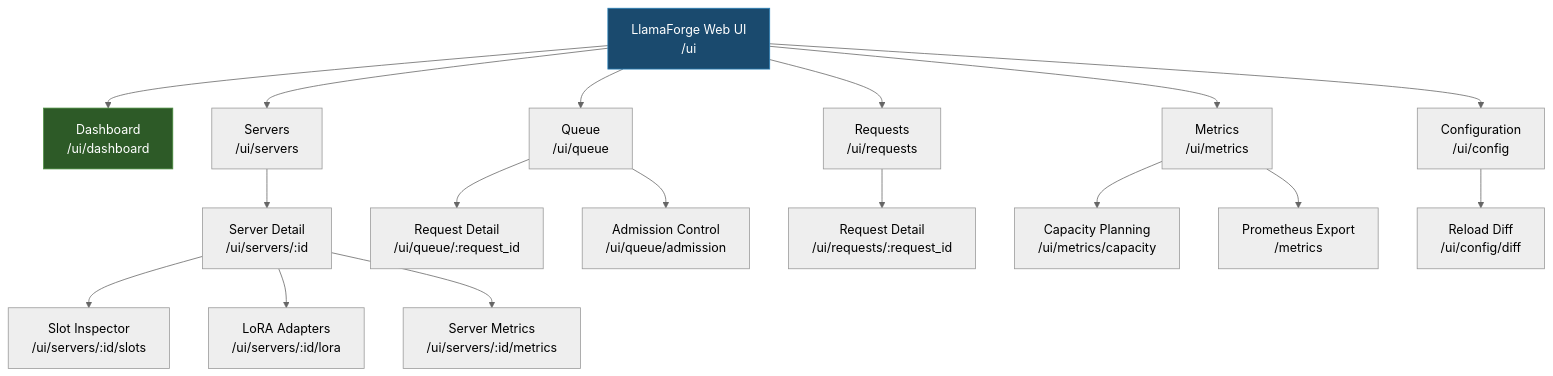
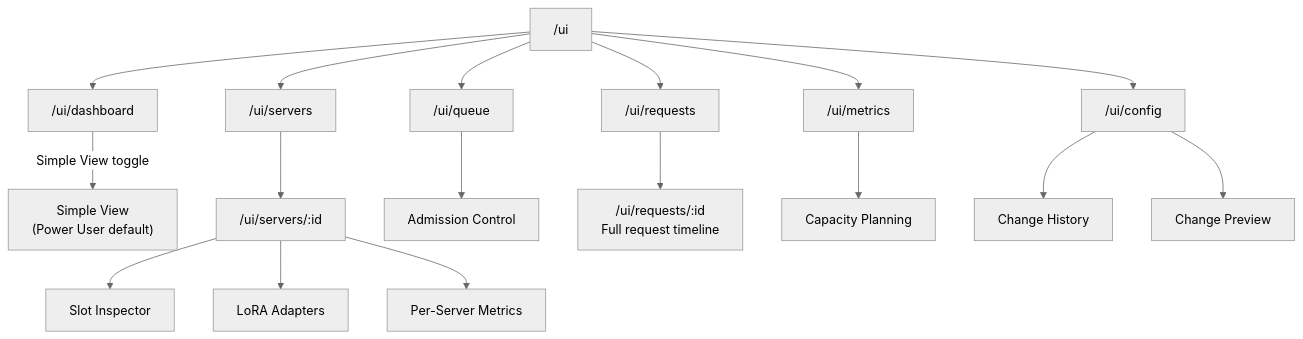
One commit to Doom325/llama-forge changed diagram 16 of 16 in docs/USER_JOURNEYS.md. Above: the diagram before and after it, drawn with Mermaid (neutral theme). The commit also changed other lines of this file, not shown here.

Commit message:
User journeys v0.2.0

````diff
--- a/docs/USER_JOURNEYS.md
+++ b/docs/USER_JOURNEYS.md
@@ -1501,27 +1452,25 @@
 ```mermaid
 graph TD
-    Root["LlamaForge Web UI<br/>/ui"] --> Dash["Dashboard<br/>/ui/dashboard"]
-    Root --> Servers["Servers<br/>/ui/servers"]
-    Root --> Queue["Queue<br/>/ui/queue"]
-    Root --> Requests["Requests<br/>/ui/requests"]
-    Root --> Metrics["Metrics<br/>/ui/metrics"]
-    Root --> Config["Configuration<br/>/ui/config"]
+    Root["/ui"] --> Dash["/ui/dashboard"]
+    Root --> Servers["/ui/servers"]
+    Root --> Queue["/ui/queue"]
+    Root --> Requests["/ui/requests"]
+    Root --> Metrics["/ui/metrics"]
+    Root --> Config["/ui/config"]
 
-    Servers --> ServerDetail["Server Detail<br/>/ui/servers/:id"]
-    ServerDetail --> SlotView["Slot Inspector<br/>/ui/servers/:id/slots"]
-    ServerDetail --> LoraView["LoRA Adapters<br/>/ui/servers/:id/lora"]
-    ServerDetail --> ServerMetrics["Server Metrics<br/>/ui/servers/:id/metrics"]
+    Dash -->|"Simple View toggle"| Simple["Simple View<br/>(Power User default)"]
 
-    Queue --> QueueDetail["Request Detail<br/>/ui/queue/:request_id"]
-    Queue --> Admission["Admission Control<br/>/ui/queue/admission"]
+    Servers --> ServerDetail["/ui/servers/:id"]
+    ServerDetail --> SlotView["Slot Inspector"]
+    ServerDetail --> LoraView["LoRA Adapters"]
+    ServerDetail --> ServerMetrics["Per-Server Metrics"]
 
-    Requests --> RequestDetail["Request Detail<br/>/ui/requests/:request_id"]
+    Queue --> Admission["Admission Control"]
 
-    Metrics --> Capacity["Capacity Planning<br/>/ui/metrics/capacity"]
-    Metrics --> Prometheus["Prometheus Export<br/>/metrics"]
+    Requests --> RequestDetail["/ui/requests/:id<br/>Full request timeline"]
 
-    Config --> ConfigDiff["Reload Diff<br/>/ui/config/diff"]
+    Metrics --> Capacity["Capacity Planning"]
 
-    style Root fill:#1a4a6e,stroke:#2980b9,color:#fff
-    style Dash fill:#2d5a27,stroke:#4a8c3f,color:#fff
+    Config --> History["Change History"]
+    Config --> Preview["Change Preview"]
 ```
````
